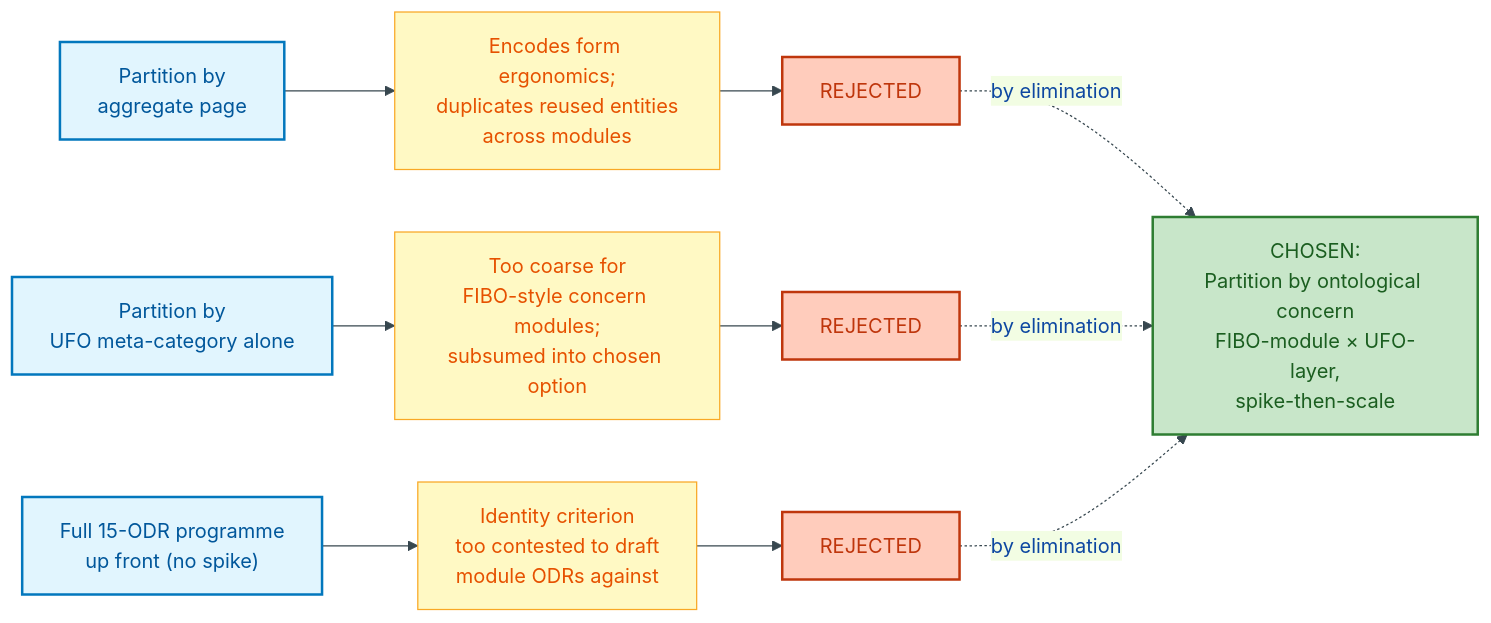
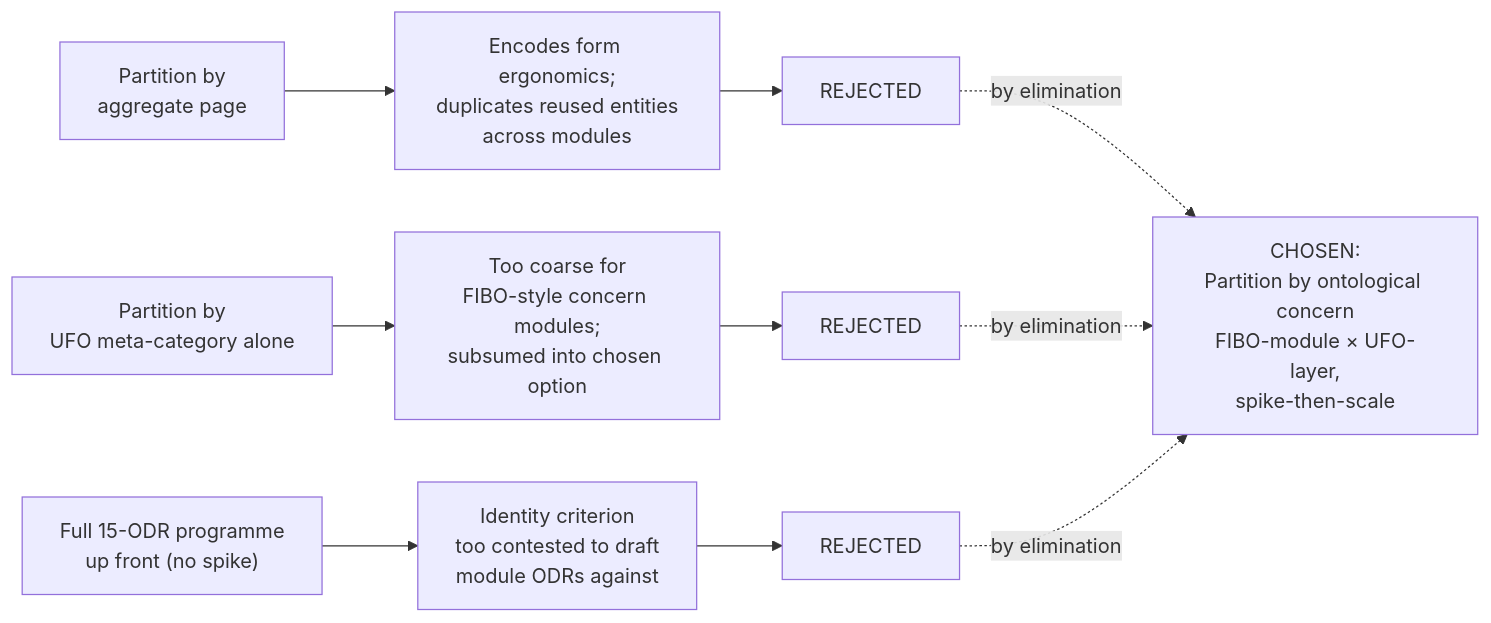
One commit to sparkling/opda changed the third of 3 diagrams in docs/ontology/odr/ODR-0003-pdtf-ontology-programme.md. Above: the diagram before and after it, drawn with Mermaid. The commit also changed other lines of this file and 25 other files, not shown here.

````diff
--- a/docs/ontology/odr/ODR-0003-pdtf-ontology-programme.md
+++ b/docs/ontology/odr/ODR-0003-pdtf-ontology-programme.md
@@ -239,22 +226,17 @@
 ```mermaid
-%%{init:{"theme":"base","themeVariables":{"primaryColor":"#E3F2FD","primaryTextColor":"#0D47A1","primaryBorderColor":"#1565C0","lineColor":"#37474F"}}}%%
 flowchart LR
     accTitle: Partition Strategy Decision
     accDescr: Three alternative partitioning strategies considered and rejected, leading to the chosen ontological-concern partition with spike-then-scale sequencing.
-    classDef option fill:#E1F5FE,stroke:#0277BD,stroke-width:2px,color:#01579B
-    classDef rejected fill:#FFCCBC,stroke:#BF360C,stroke-width:2px,color:#BF360C
-    classDef chosen fill:#C8E6C9,stroke:#2E7D32,stroke-width:2px,color:#1B5E20
-    classDef reason fill:#FFF9C4,stroke:#F9A825,stroke-width:1px,color:#E65100
 
-    A["Partition by<br/>aggregate page"]:::option --> RA["Encodes form ergonomics;<br/>duplicates reused entities<br/>across modules"]:::reason
-    RA --> REJ1["REJECTED"]:::rejected
+    A["Partition by<br/>aggregate page"]:::process --> RA["Encodes form ergonomics;<br/>duplicates reused entities<br/>across modules"]:::warning
+    RA --> REJ1["REJECTED"]:::error
 
-    B["Partition by<br/>UFO meta-category alone"]:::option --> RB["Too coarse for<br/>FIBO-style concern modules;<br/>subsumed into chosen option"]:::reason
-    RB --> REJ2["REJECTED"]:::rejected
+    B["Partition by<br/>UFO meta-category alone"]:::process --> RB["Too coarse for<br/>FIBO-style concern modules;<br/>subsumed into chosen option"]:::warning
+    RB --> REJ2["REJECTED"]:::error
 
-    C["Full 15-ODR programme<br/>up front (no spike)"]:::option --> RC["Identity criterion<br/>too contested to draft<br/>module ODRs against"]:::reason
-    RC --> REJ3["REJECTED"]:::rejected
+    C["Full 15-ODR programme<br/>up front (no spike)"]:::process --> RC["Identity criterion<br/>too contested to draft<br/>module ODRs against"]:::warning
+    RC --> REJ3["REJECTED"]:::error
 
-    CHOSEN["CHOSEN:<br/>Partition by ontological concern<br/>FIBO-module × UFO-layer,<br/>spike-then-scale"]:::chosen
+    CHOSEN["CHOSEN:<br/>Partition by ontological concern<br/>FIBO-module × UFO-layer,<br/>spike-then-scale"]:::success
     REJ1 & REJ2 & REJ3 -.->|"by elimination"| CHOSEN
 ```
````
